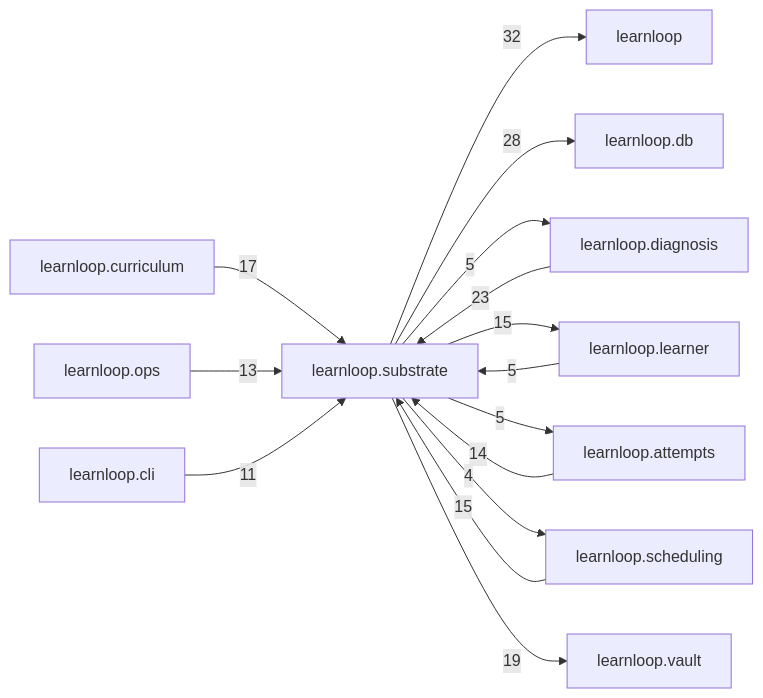
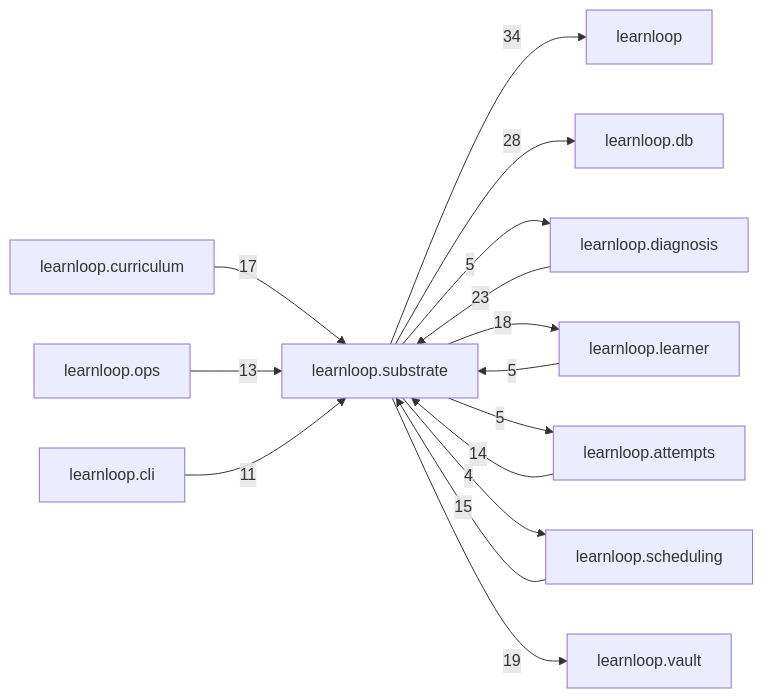
The diagram in docs/learnloop-architecture-vault/Reference/Modules/learnloop/substrate/_package.md (6up-b/learnanything), drawn with Mermaid before and after one commit. The commit also changed other lines of this file and 44 other files, not shown here.

````diff
--- a/docs/learnloop-architecture-vault/Reference/Modules/learnloop/substrate/_package.md
+++ b/docs/learnloop-architecture-vault/Reference/Modules/learnloop/substrate/_package.md
@@ -166,28 +166,28 @@
 ```mermaid
 flowchart LR
     center["learnloop.substrate"]
     n_learnloop["learnloop"]
     n_learnloop_db["learnloop.db"]
     n_learnloop_diagnosis["learnloop.diagnosis"]
     n_learnloop_learner["learnloop.learner"]
     n_learnloop_attempts["learnloop.attempts"]
     n_learnloop_scheduling["learnloop.scheduling"]
     n_learnloop_vault["learnloop.vault"]
     n_learnloop_curriculum["learnloop.curriculum"]
     n_learnloop_ops["learnloop.ops"]
     n_learnloop_cli["learnloop.cli"]
-    center -->|32| n_learnloop
+    center -->|34| n_learnloop
     center -->|28| n_learnloop_db
     n_learnloop_diagnosis -->|23| center
     center -->|5| n_learnloop_diagnosis
     n_learnloop_learner -->|5| center
-    center -->|15| n_learnloop_learner
+    center -->|18| n_learnloop_learner
     n_learnloop_attempts -->|14| center
     center -->|5| n_learnloop_attempts
     n_learnloop_scheduling -->|15| center
     center -->|4| n_learnloop_scheduling
     center -->|19| n_learnloop_vault
     n_learnloop_curriculum -->|17| center
     n_learnloop_ops -->|13| center
     n_learnloop_cli -->|11| center
 ```
````
